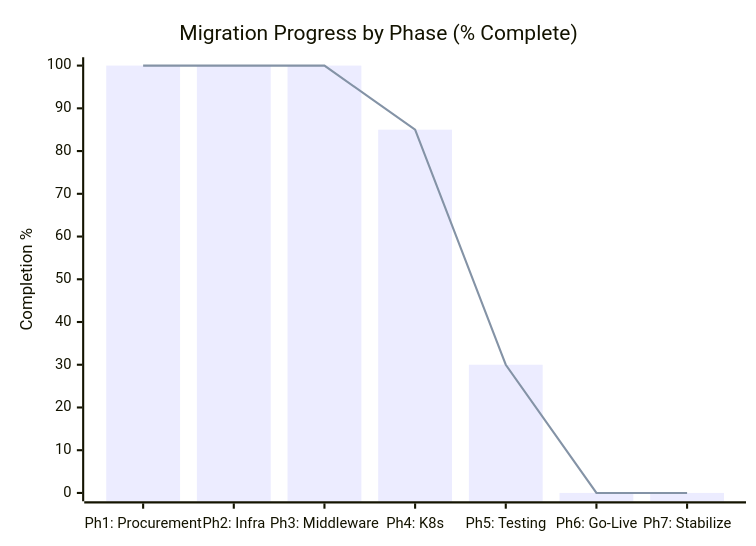
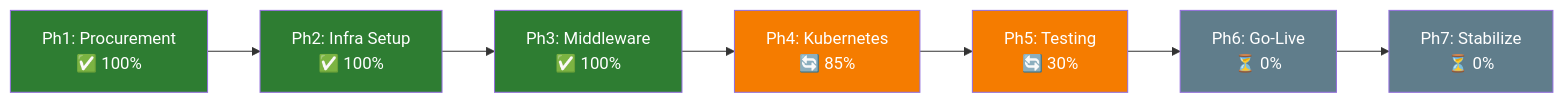
One commit to Shasi19/Azure-VxRail-VMware-Migration changed the second of 2 diagrams in docs/Volume-2-Migration-Strategy/03-Timeline-And-Milestones.md. Above: the diagram before and after it, drawn with Mermaid. The commit also changed other lines of this file and 10 other files, not shown here.

````diff
--- a/docs/Volume-2-Migration-Strategy/03-Timeline-And-Milestones.md
+++ b/docs/Volume-2-Migration-Strategy/03-Timeline-And-Milestones.md
@@ -172,8 +182,17 @@
 ```mermaid
-xychart-beta
-    title "Migration Progress by Phase (% Complete)"
-    x-axis ["Ph1: Procurement", "Ph2: Infra", "Ph3: Middleware", "Ph4: K8s", "Ph5: Testing", "Ph6: Go-Live", "Ph7: Stabilize"]
-    y-axis "Completion %" 0 --> 100
-    bar [100, 100, 100, 85, 30, 0, 0]
-    line [100, 100, 100, 85, 30, 0, 0]
+graph LR
+    P1["Ph1: Procurement\n✅ 100%"] --> P2["Ph2: Infra Setup\n✅ 100%"]
+    P2 --> P3["Ph3: Middleware\n✅ 100%"]
+    P3 --> P4["Ph4: Kubernetes\n🔄 85%"]
+    P4 --> P5["Ph5: Testing\n🔄 30%"]
+    P5 --> P6["Ph6: Go-Live\n⏳ 0%"]
+    P6 --> P7["Ph7: Stabilize\n⏳ 0%"]
+
+    style P1 fill:#2e7d32,color:#fff
+    style P2 fill:#2e7d32,color:#fff
+    style P3 fill:#2e7d32,color:#fff
+    style P4 fill:#f57c00,color:#fff
+    style P5 fill:#f57c00,color:#fff
+    style P6 fill:#607d8b,color:#fff
+    style P7 fill:#607d8b,color:#fff
 ```
````
